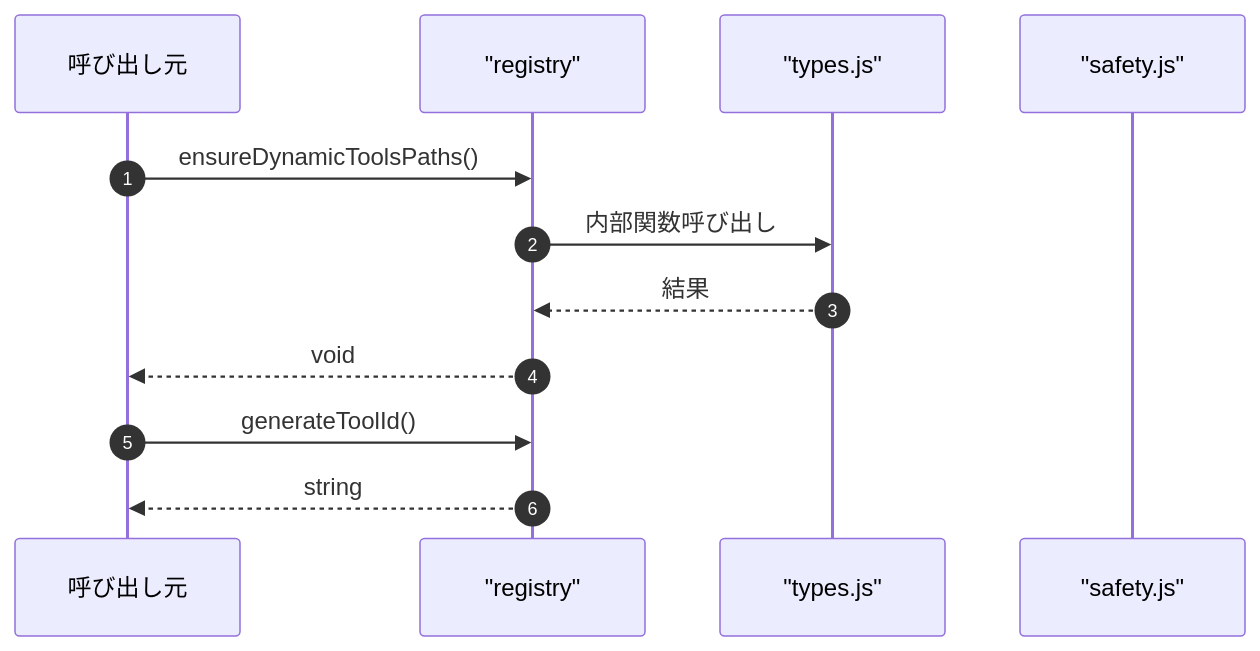
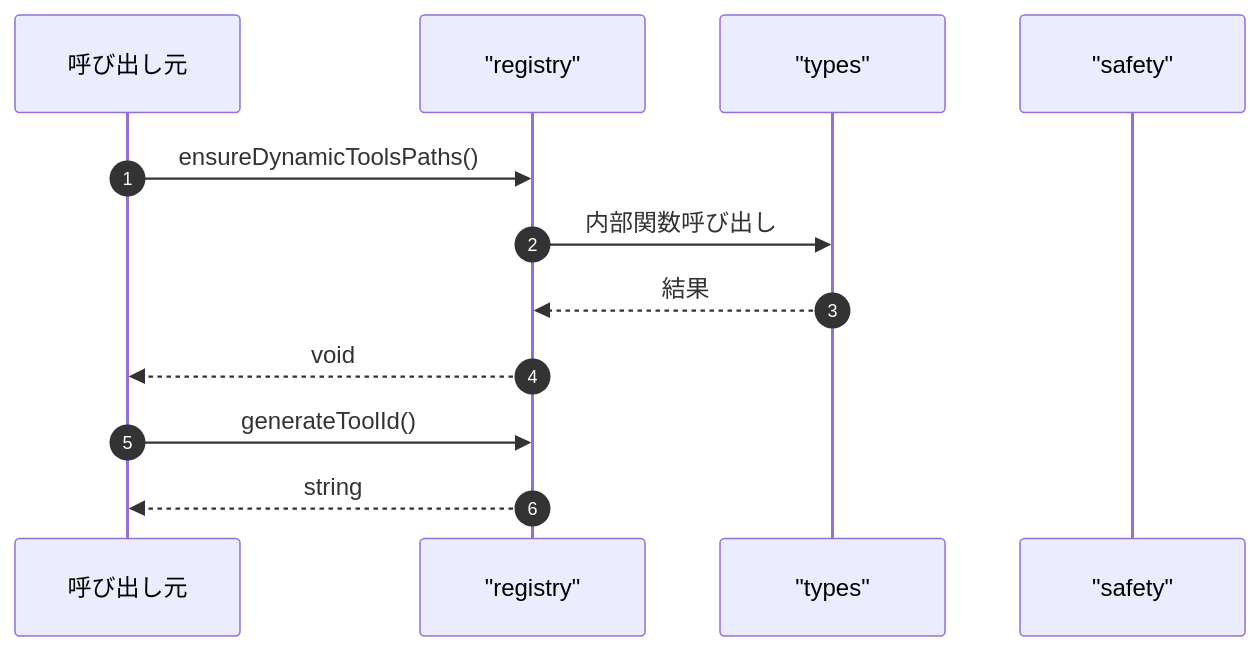
Before and after one commit to Mekann2904/mekann: the fourth of 4 diagrams in ABDD/.pi/lib/dynamic-tools/registry.md, drawn with Mermaid. The commit also changed other lines of this file and 174 other files, not shown here.

First line of the commit message:
fix(docs): ABDDのMermaid図生成エラーを修正する

````diff
--- a/ABDD/.pi/lib/dynamic-tools/registry.md
+++ b/ABDD/.pi/lib/dynamic-tools/registry.md
@@ -151,16 +151,16 @@
 ```mermaid
 sequenceDiagram
   autonumber
   participant Caller as 呼び出し元
   participant registry as "registry"
-  participant types_js as "types.js"
-  participant safety_js as "safety.js"
+  participant types as "types"
+  participant safety as "safety"
 
   Caller->>registry: ensureDynamicToolsPaths()
-  registry->>types_js: 内部関数呼び出し
-  types_js-->>registry: 結果
+  registry->>types: 内部関数呼び出し
+  types-->>registry: 結果
   registry-->>Caller: void
 
   Caller->>registry: generateToolId()
   registry-->>Caller: string
 ```
````
